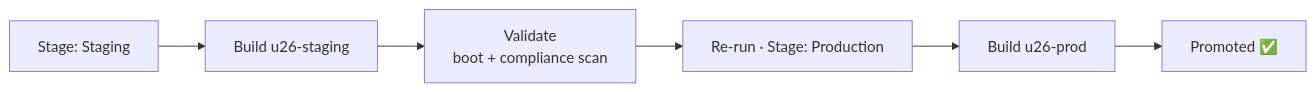
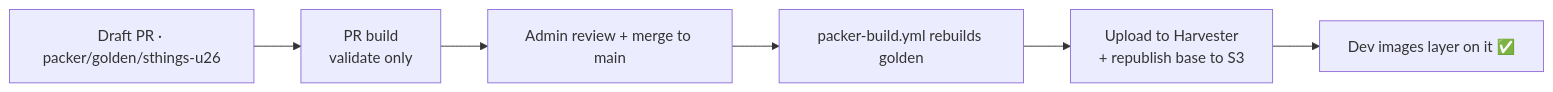
One commit to stuttgart-things/backstage-resources changed the second of 2 diagrams in templates/harvester-packer-devimage/showcase/slides.md. Above: the diagram before and after it, drawn with Mermaid. The commit also changed other lines of this file and 8 other files, not shown here.

First line of the commit message:
feat(packer-templates): realign dev/admin templates to golden/dev layout (+ openSUSE Leap) (#32)

````diff
--- a/templates/harvester-packer-devimage/showcase/slides.md
+++ b/templates/harvester-packer-devimage/showcase/slides.md
@@ -242,8 +242,8 @@
 ```mermaid {scale: 0.7}
 flowchart LR
-    A[Stage: Staging] --> B[Build u26-staging]
-    B --> C[Validate<br/>boot + compliance scan]
-    C --> D[Re-run · Stage: Production]
-    D --> E[Build u26-prod]
-    E --> F[Promoted ✅]
+    A[Draft PR · packer/golden/sthings-u26] --> B[PR build<br/>validate only]
+    B --> C[Admin review + merge to main]
+    C --> D[packer-build.yml rebuilds golden]
+    D --> E[Upload to Harvester<br/>+ republish base to S3]
+    E --> F[Dev images layer on it ✅]
 ```
````
